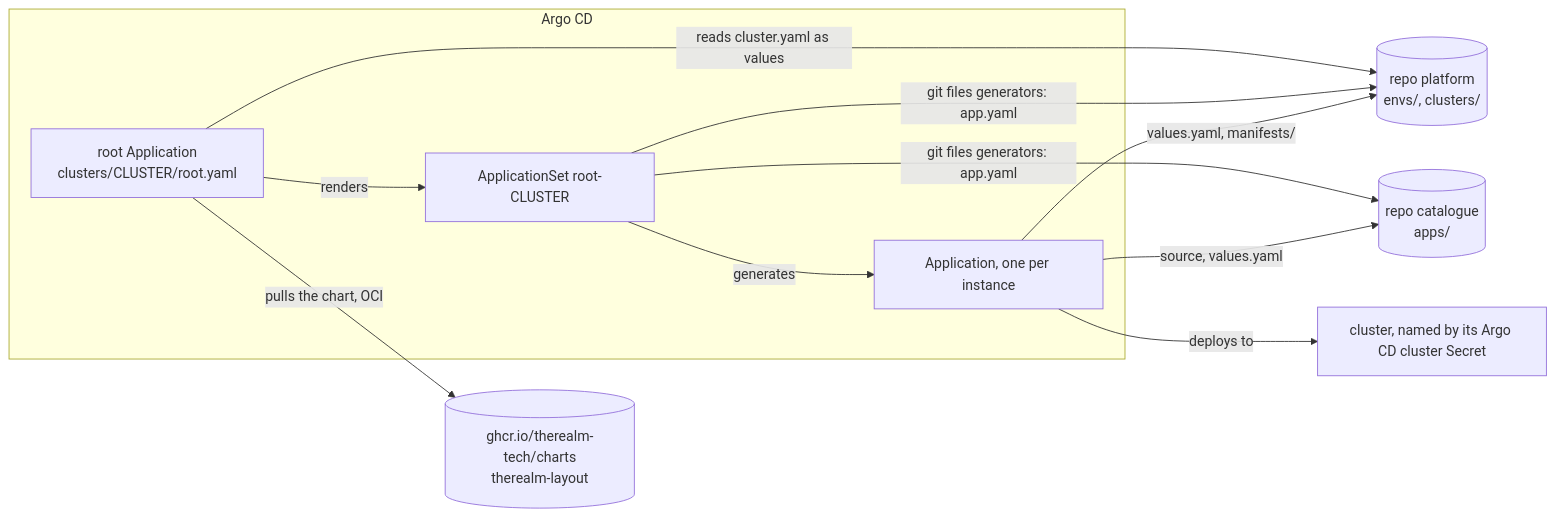
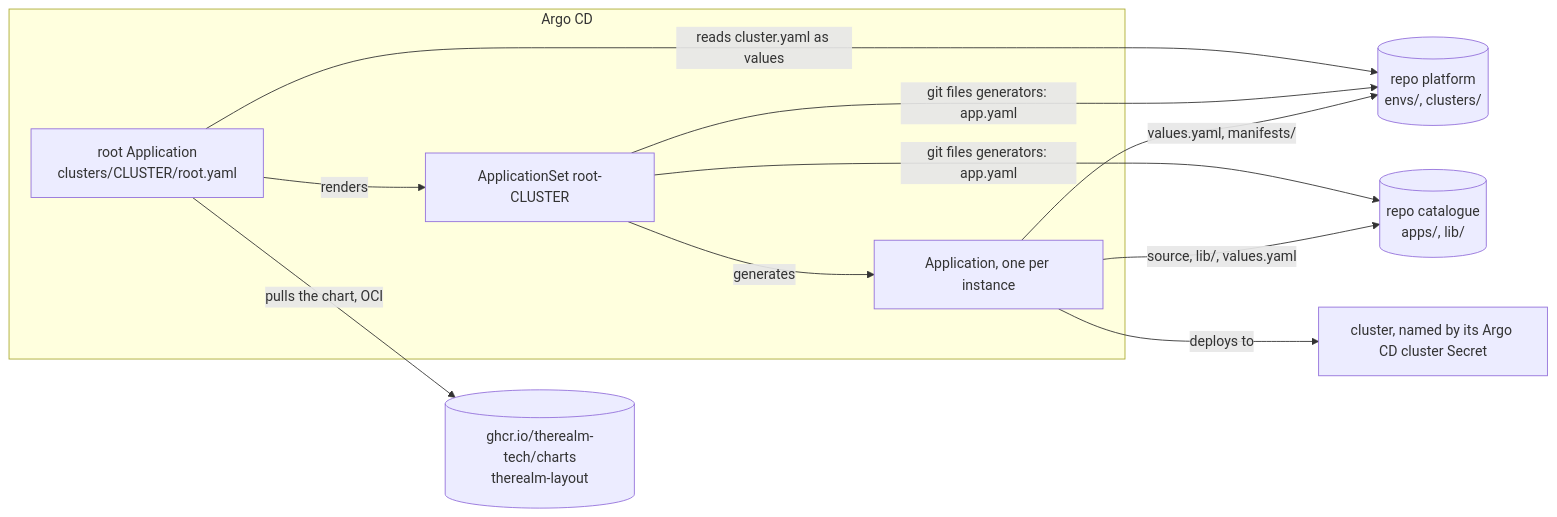
The first of 2 diagrams in ARCHITECTURE.md (therealm-tech/layout-spec), drawn with Mermaid before and after one commit. The commit also changed other lines of this file and 15 other files, not shown here.

Commit message:
share jsonnet libraries across the catalogue's apps (#15)

````diff
--- a/ARCHITECTURE.md
+++ b/ARCHITECTURE.md
@@ -15,21 +15,21 @@
 ```mermaid
 flowchart LR
   registry[("ghcr.io/therealm-tech/charts<br/>therealm-layout")]
-  catalog[("repo catalogue<br/>apps/")]
+  catalog[("repo catalogue<br/>apps/, lib/")]
   platform[("repo platform<br/>envs/, clusters/")]
   target["cluster, named by its Argo CD cluster Secret"]
   subgraph argocd["Argo CD"]
     root["root Application<br/>clusters/CLUSTER/root.yaml"]
     appset["ApplicationSet root-CLUSTER"]
     app["Application, one per instance"]
   end
   root -->|"pulls the chart, OCI"| registry
   root -->|"reads cluster.yaml as values"| platform
   root -->|"renders"| appset
   appset -->|"git files generators: app.yaml"| catalog
   appset -->|"git files generators: app.yaml"| platform
   appset -->|"generates"| app
-  app -->|"source, values.yaml"| catalog
+  app -->|"source, lib/, values.yaml"| catalog
   app -->|"values.yaml, manifests/"| platform
   app -->|"deploys to"| target
 ```
````
